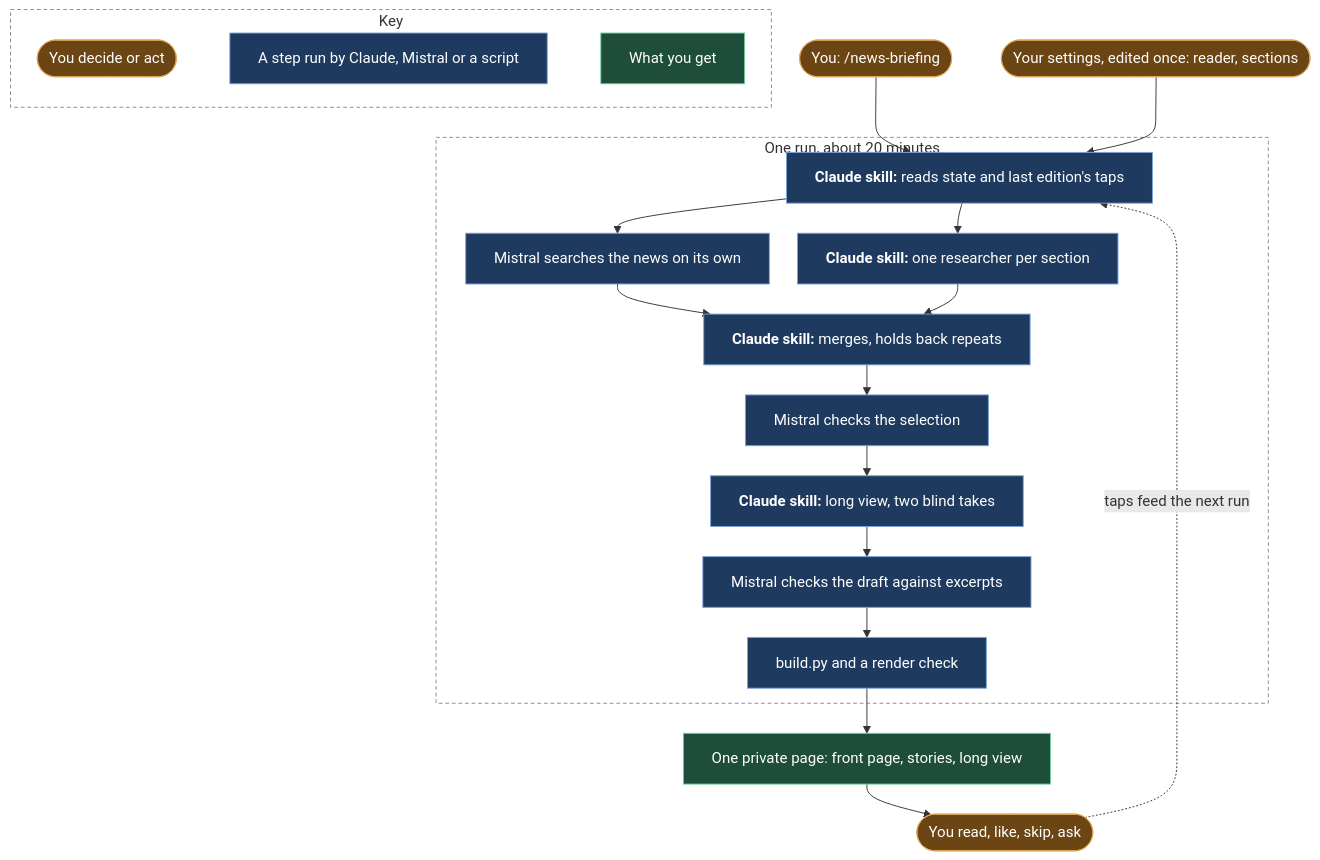
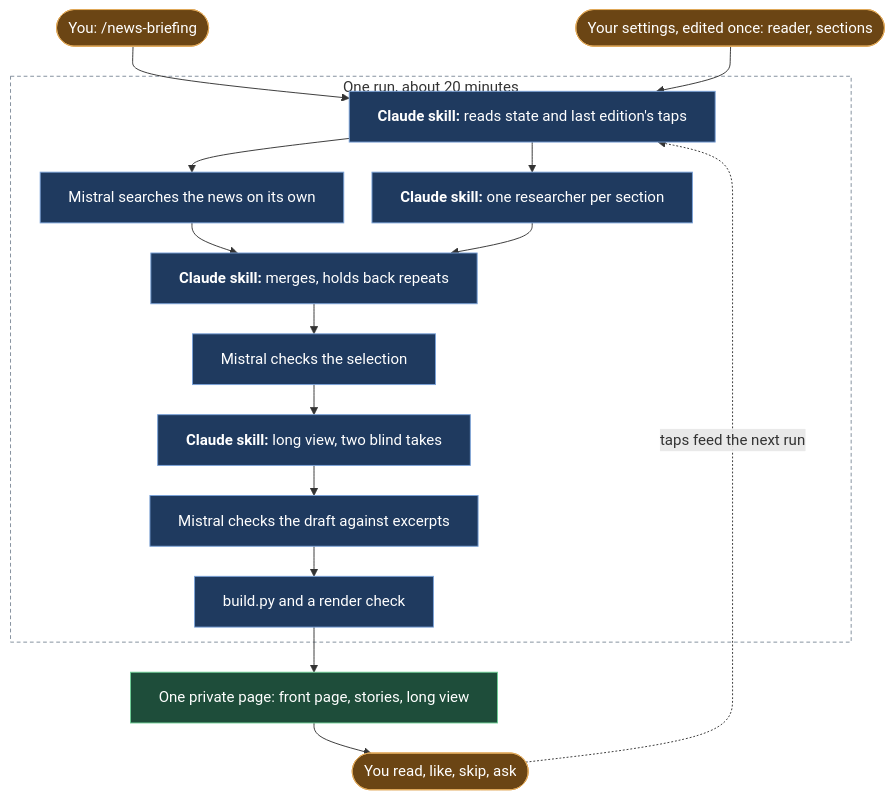
The second of 2 diagrams in README.md (nunomnferreirapt/news-briefing-skill), drawn with Mermaid before and after one commit. The commit also changed other lines of this file, not shown here.

Commit message:
README: the diagram key as its own small diagram above the flow, so the flow keeps its size

````diff
--- a/README.md
+++ b/README.md
@@ -17,36 +27,28 @@
 ```mermaid
 %%{init: {"flowchart": {"wrappingWidth": 600, "nodeSpacing": 30, "rankSpacing": 32}}}%%
 flowchart TB
     Q(["You: /news-briefing"]):::human
     S(["Your settings, edited once: reader, sections"]):::human
     subgraph RUN["One run, about 20 minutes"]
         R0["`**Claude skill:** reads state and last edition's taps`"]:::sys
         SC["Mistral searches the news on its own"]:::sys
         RS["`**Claude skill:** one researcher per section`"]:::sys
         MG["`**Claude skill:** merges, holds back repeats`"]:::sys
         SEL["Mistral checks the selection"]:::sys
         LV["`**Claude skill:** long view, two blind takes`"]:::sys
         DC["Mistral checks the draft against excerpts"]:::sys
         B["build.py and a render check"]:::sys
         R0 --> SC & RS
         SC & RS --> MG --> SEL --> LV --> DC --> B
     end
     Q --> R0
     S --> R0
     B --> P["One private page: front page, stories, long view"]:::out
     P --> T(["You read, like, skip, ask"]):::human
     T -. "taps feed the next run" .-> R0
-    subgraph KEY["Key"]
-        direction LR
-        K1(["You decide or act"]):::human
-        K2["A step run by Claude, Mistral or a script"]:::sys
-        K3["What you get"]:::out
-        K1 ~~~ K2 ~~~ K3
-    end
 
     classDef sys fill:#1f3a5f,stroke:#7aa2d8,color:#ffffff
     classDef human fill:#6b4514,stroke:#e0a95a,color:#ffffff
     classDef out fill:#1e4d3a,stroke:#6fcf97,color:#ffffff
     style RUN fill:transparent,stroke:#7f8c9a,stroke-dasharray:4 3
-    style KEY fill:transparent,stroke:#7f8c9a,stroke-dasharray:4 3
 ```
````
